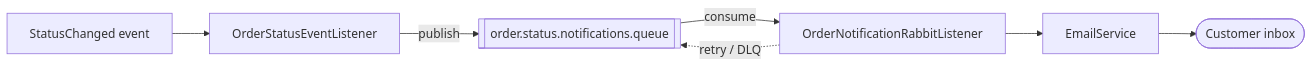
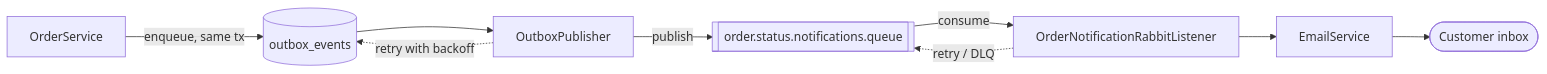
One commit to ronybrand/spring-order-api changed the second of 3 diagrams in README.md. Above: the diagram before and after it, drawn with Mermaid. The commit also changed other lines of this file and 30 other files, not shown here.

First line of the commit message:
feat: transactional outbox for order events (#22)

````diff
--- a/README.md
+++ b/README.md
@@ -25,5 +26,6 @@
 ```mermaid
 flowchart LR
-    Event[StatusChanged event] --> Listener[OrderStatusEventListener] -->|publish| Queue[[order.status.notifications.queue]] -->|consume| Consumer[OrderNotificationRabbitListener] --> Email[EmailService] --> Customer([Customer inbox])
+    OrderService -->|enqueue, same tx| Outbox[(outbox_events)] --> Publisher[OutboxPublisher] -->|publish| Queue[[order.status.notifications.queue]] -->|consume| Consumer[OrderNotificationRabbitListener] --> Email[EmailService] --> Customer([Customer inbox])
     Consumer -.->|retry / DLQ| Queue
+    Publisher -.->|retry with backoff| Outbox
 ```
````
